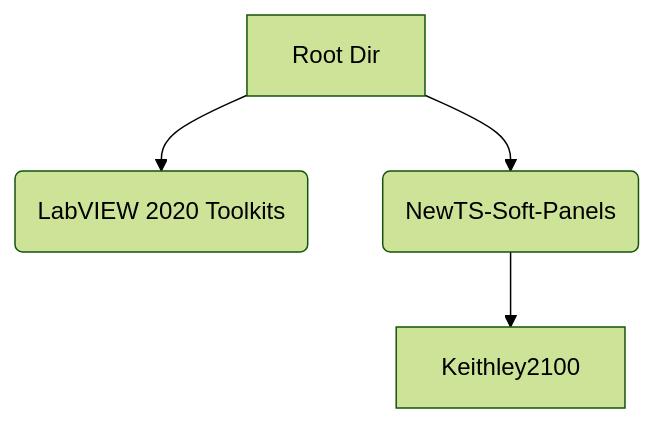
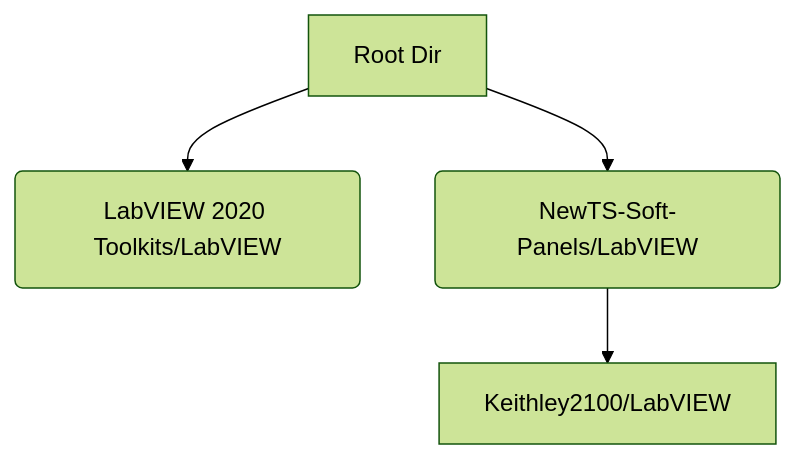
One commit to olegfinodeyev/LabVIEW-2020-Toolkits changed the diagram in README.md. Above: the diagram before and after it, drawn with Mermaid (forest theme). The commit also changed other lines of this file, not shown here.

````diff
--- a/README.md
+++ b/README.md
@@ -2,6 +2,6 @@
 ```mermaid
 graph TD;
-  A[Root Dir]-->B(LabVIEW 2020 Toolkits);
-    A-->C(NewTS-Soft-Panels);
-    C-->D[Keithley2100];
+  A[Root Dir]-->B(LabVIEW 2020 Toolkits/LabVIEW);
+    A-->C(NewTS-Soft-Panels/LabVIEW);
+    C-->D[Keithley2100/LabVIEW];
 ```
````
